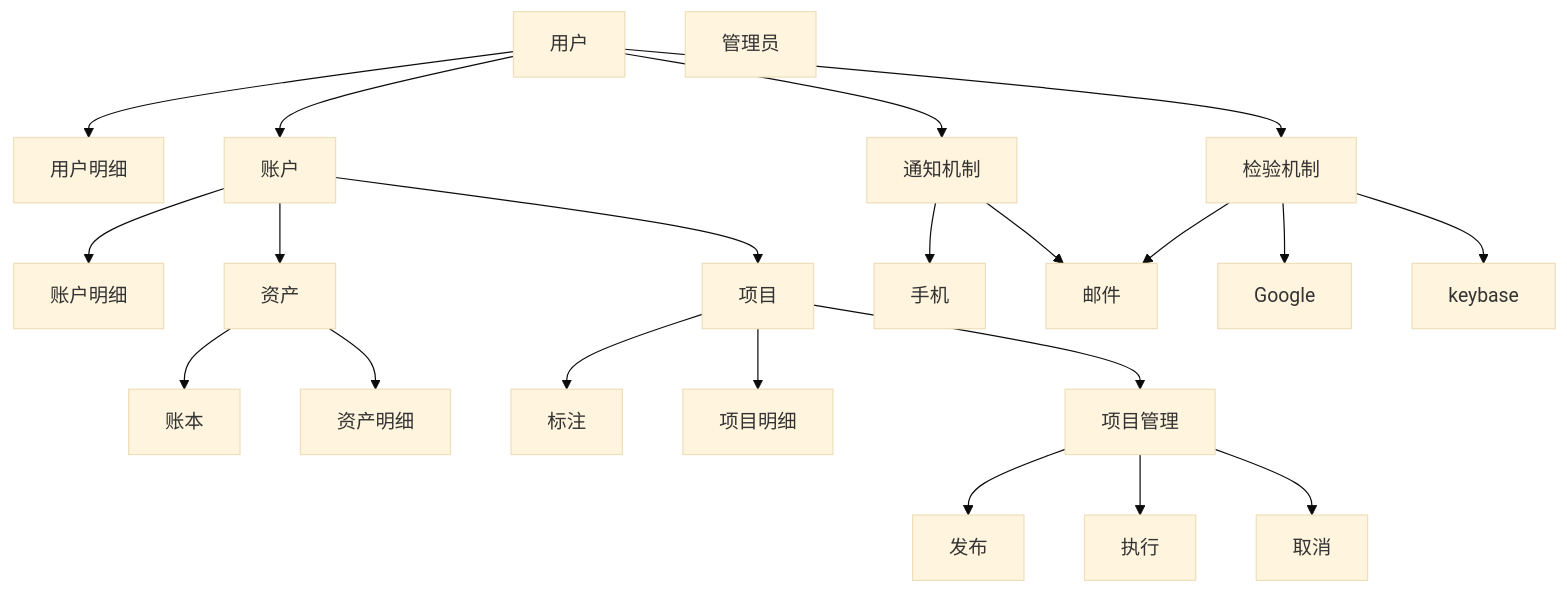
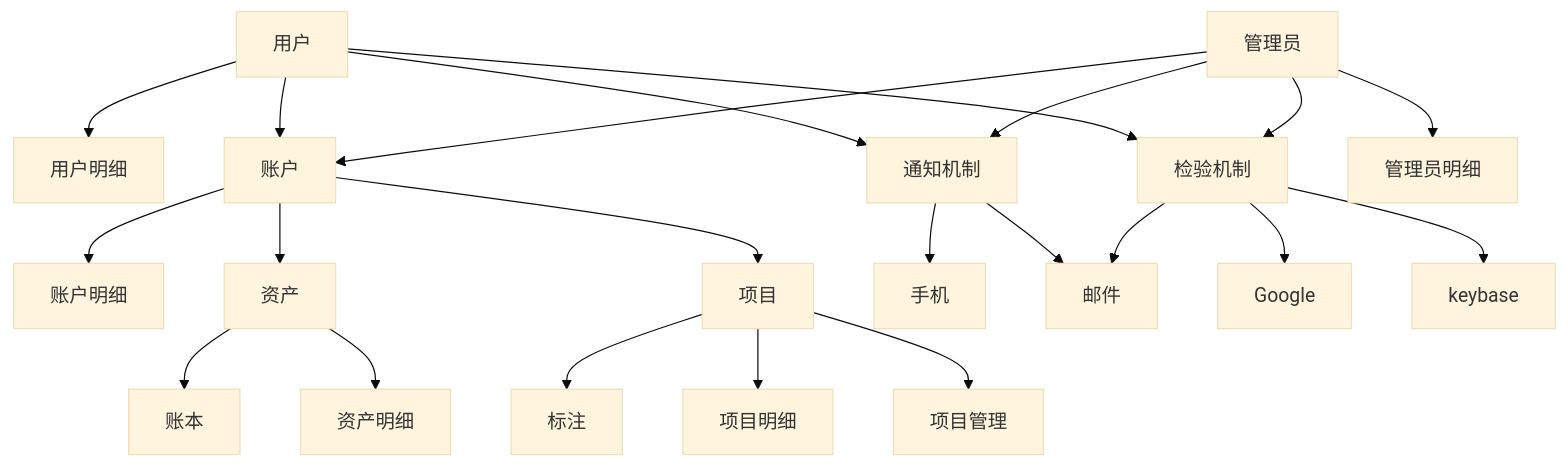
The first of 6 diagrams in Readme.md (neomaclin/designdoc), drawn with Mermaid (base theme) before and after one commit. The commit also changed other lines of this file, not shown here.

````diff
--- a/Readme.md
+++ b/Readme.md
@@ -4,27 +4,27 @@
 ```mermaid
 graph TB
 
 用户 --> 用户明细
 用户 --> 账户
 用户 --> 检验机制
 用户 --> 通知机制
 账户 --> 账户明细
 账户 --> 资产
 资产 --> 账本
 资产 --> 资产明细
 项目 --> 标注
 账户 --> 项目
 项目 --> 项目明细
 项目 --> 项目管理
-项目管理 --> 发布
-项目管理 --> 执行
-项目管理 --> 取消
-管理员 
+管理员 --> 管理员明细
+管理员 --> 账户
+管理员 --> 检验机制
+管理员 --> 通知机制
 通知机制 --> 手机
 通知机制 --> 邮件
 检验机制 --> 邮件
 检验机制 --> Google
 检验机制 --> keybase
 
 
 ```
````
